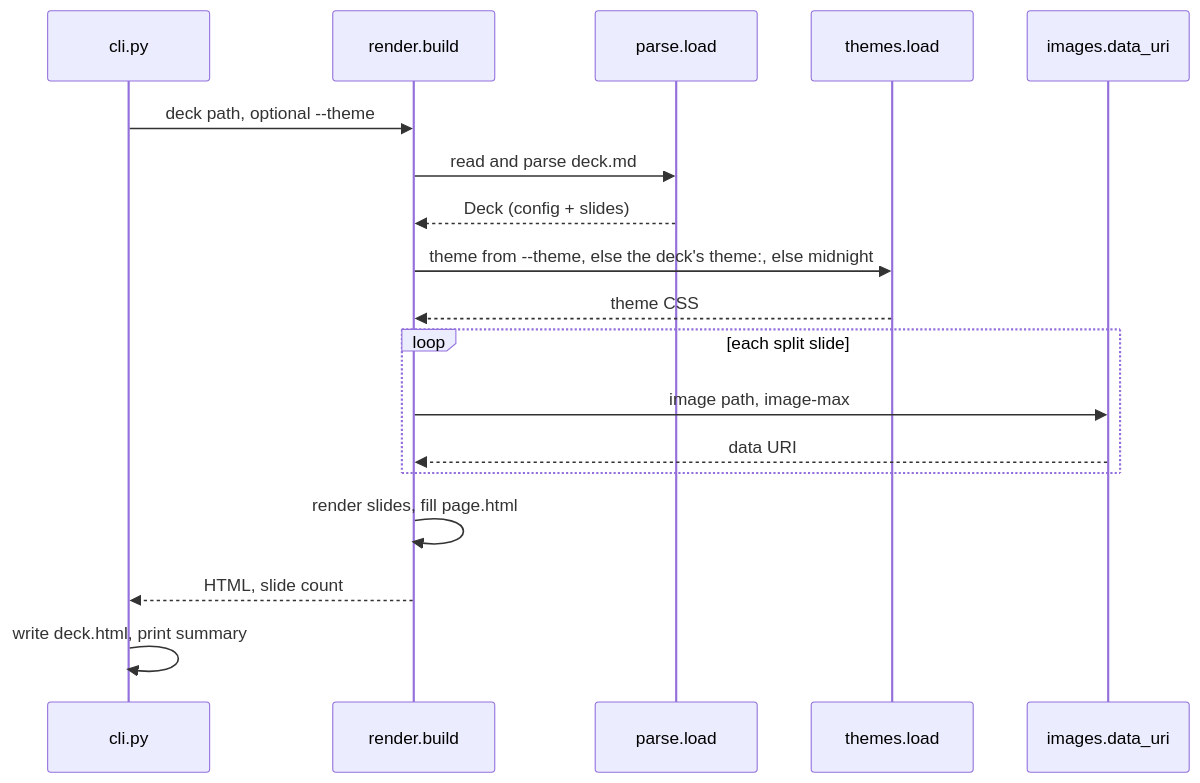
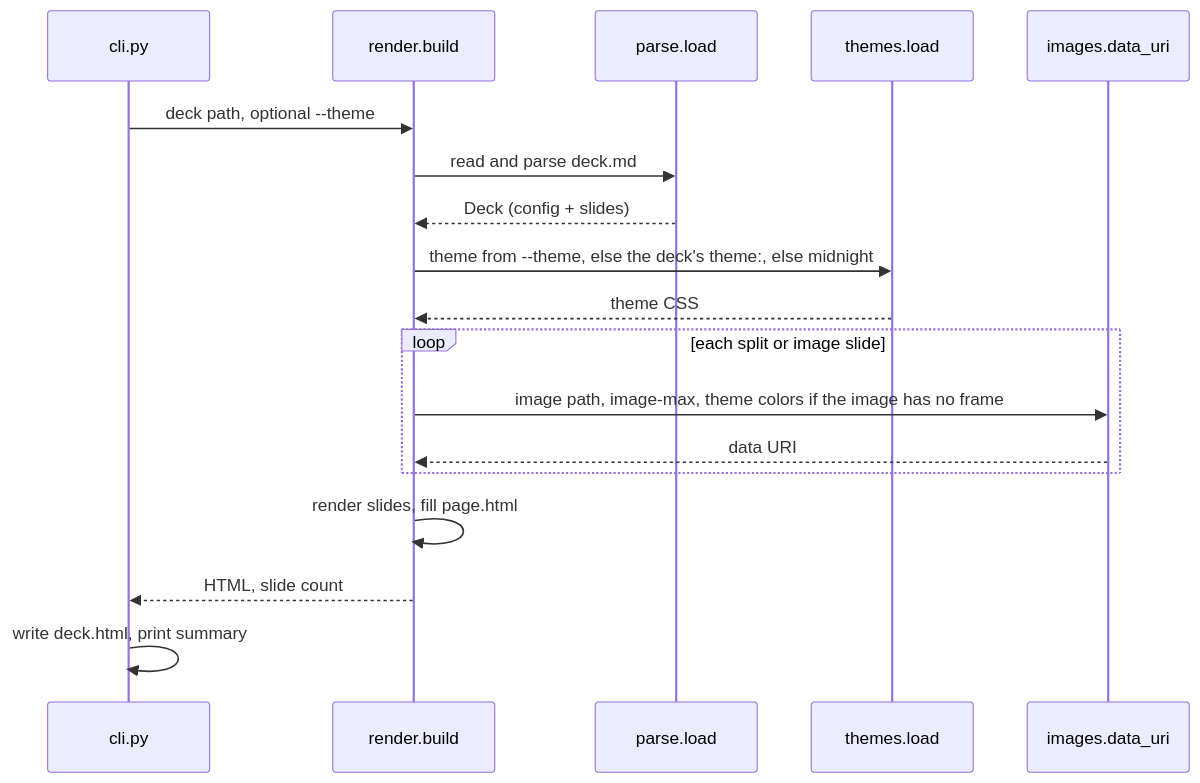
Before and after one commit to LunarCommand/akceo: the sixth of 11 diagrams in docs/how-it-works.md, drawn with Mermaid. The commit also changed other lines of this file and 12 other files, not shown here.

First line of the commit message:
Let images and diagrams drop the white frame

````diff
--- a/docs/how-it-works.md
+++ b/docs/how-it-works.md
@@ -224,20 +224,20 @@
 ```mermaid
 sequenceDiagram
     participant CLI as cli.py
     participant R as render.build
     participant P as parse.load
     participant T as themes.load
     participant I as images.data_uri
     CLI->>R: deck path, optional --theme
     R->>P: read and parse deck.md
     P-->>R: Deck (config + slides)
     R->>T: theme from --theme, else the deck's theme:, else midnight
     T-->>R: theme CSS
-    loop each split slide
-        R->>I: image path, image-max
+    loop each split or image slide
+        R->>I: image path, image-max, theme colors if the image has no frame
         I-->>R: data URI
     end
     R->>R: render slides, fill page.html
     R-->>CLI: HTML, slide count
     CLI->>CLI: write deck.html, print summary
 ```
````
